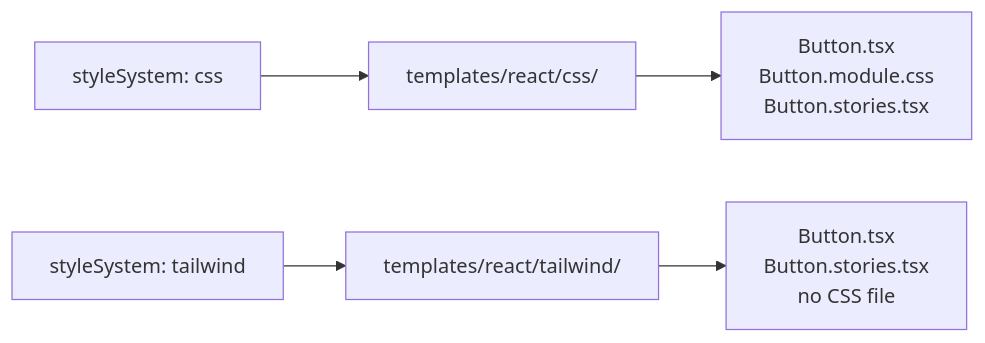
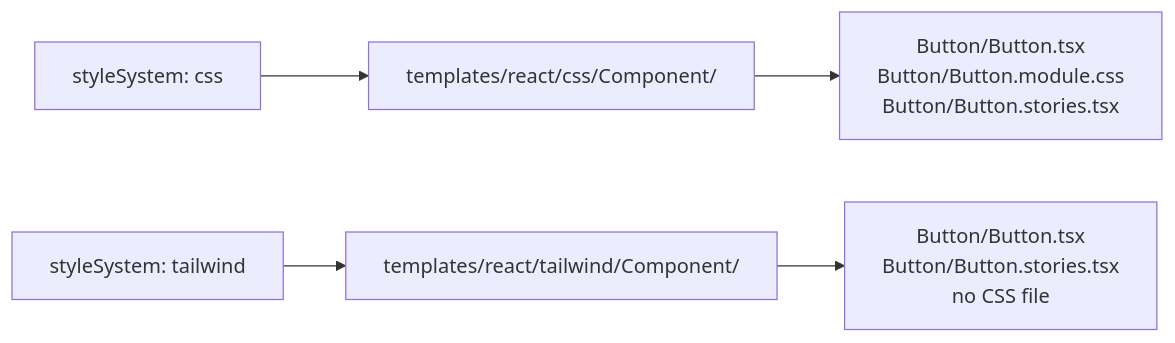
Before and after one commit to Naveen2070/project_crucible: the sixth of 8 diagrams in crucible-v01-guide.md, drawn with Mermaid. The commit also changed other lines of this file and 1 other file, not shown here.

Commit message:
docs: update architecture diagrams for Phase 5 structure

````diff
--- a/crucible-v01-guide.md
+++ b/crucible-v01-guide.md
@@ -554,7 +567,7 @@
 ```mermaid
 flowchart LR
-    A[styleSystem: css] --> B[templates/react/css/]
-    C[styleSystem: tailwind] --> D[templates/react/tailwind/]
-    B --> E[Button.tsx\nButton.module.css\nButton.stories.tsx]
-    D --> F[Button.tsx\nButton.stories.tsx\nno CSS file]
+    A[styleSystem: css] --> B[templates/react/css/Component/]
+    C[styleSystem: tailwind] --> D[templates/react/tailwind/Component/]
+    B --> E[Button/Button.tsx\nButton/Button.module.css\nButton/Button.stories.tsx]
+    D --> F[Button/Button.tsx\nButton/Button.stories.tsx\nno CSS file]
 ```
````
